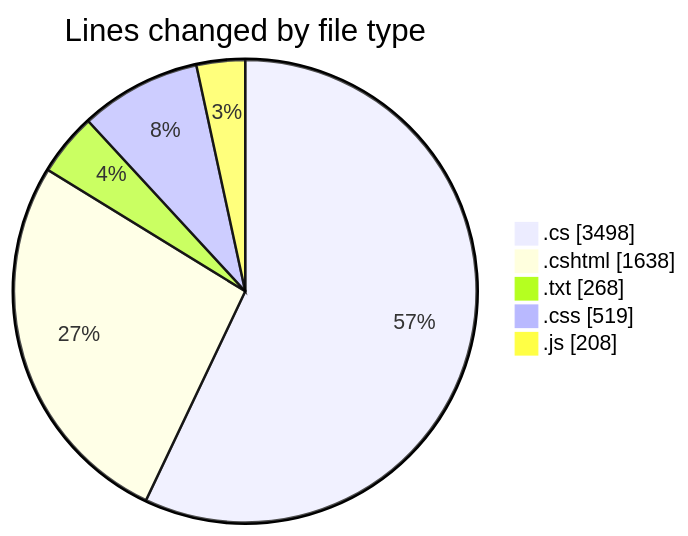
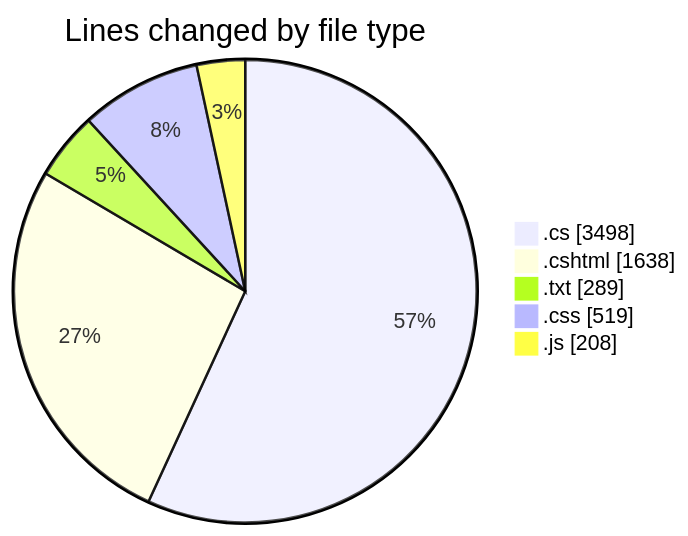
Before and after one commit to lephambinh05/code-tracking: the first of 2 diagrams in 2025-07-28/quanlyrapchieuphim-1/README.md, drawn with Mermaid. The commit also changed other lines of this file and 1 other file, not shown here.

````diff
--- a/2025-07-28/quanlyrapchieuphim-1/README.md
+++ b/2025-07-28/quanlyrapchieuphim-1/README.md
@@ -36,9 +36,9 @@
 ```mermaid
 pie showData
 title Lines changed by file type
 ".cs" : 3498
 ".cshtml" : 1638
-".txt" : 268
+".txt" : 289
 ".css" : 519
 ".js" : 208
 ```
````
